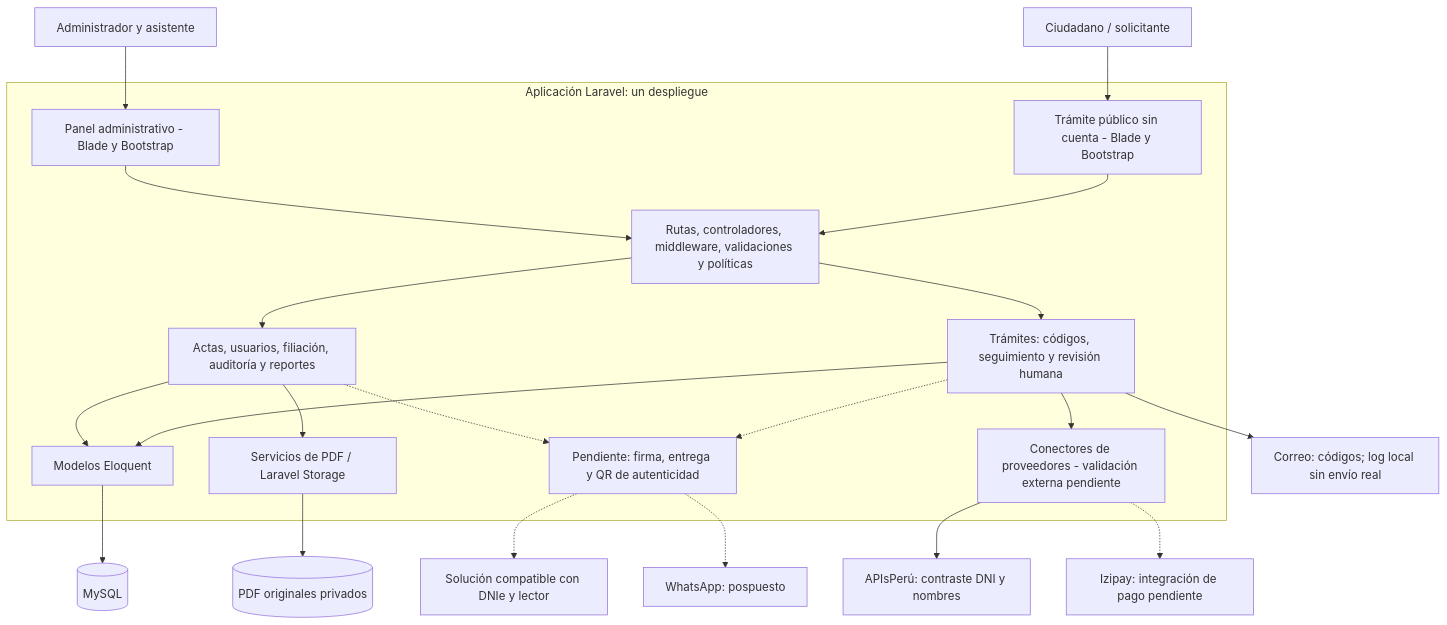
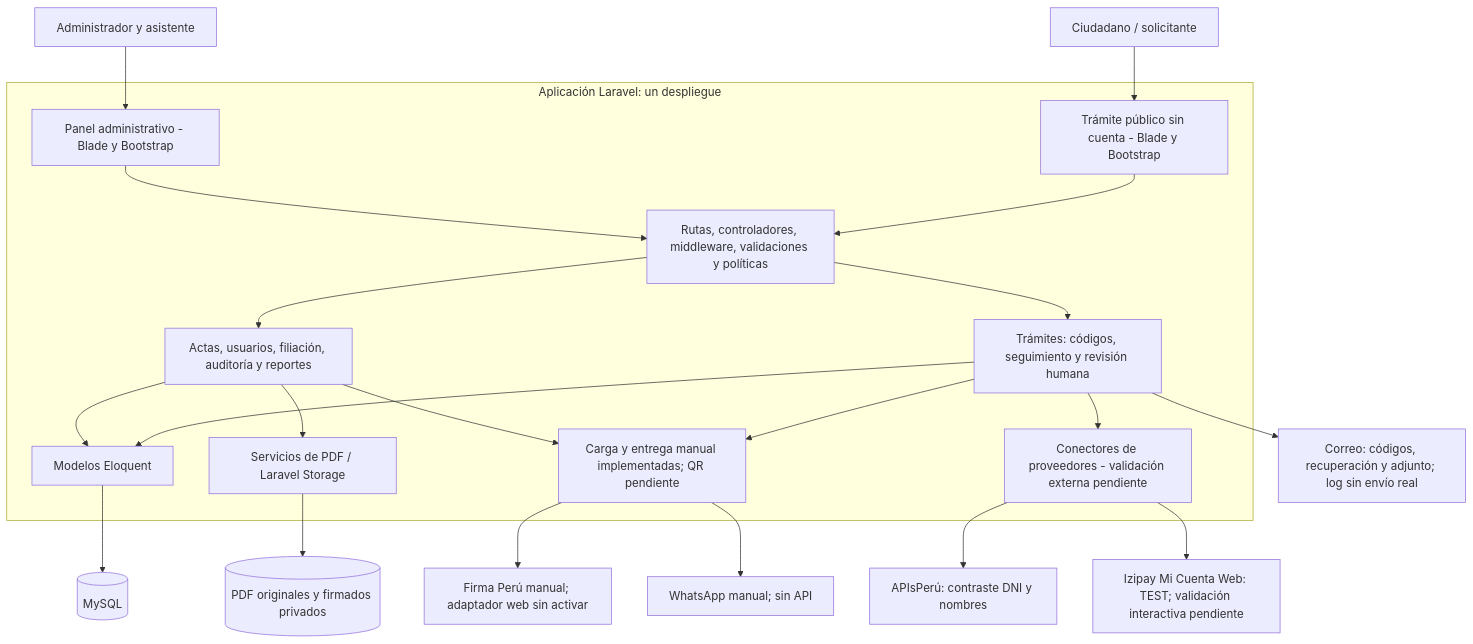
Before and after one commit to DeyviQC/RegistroCivil_arquiSoft_Quispe-02: the diagram in arquitectura/arquitectura-inicial.md, drawn with Mermaid. The commit also changed other lines of this file, not shown here.

Commit message:
docs: actualizar vista general de firma y entrega implementadas

````diff
--- a/arquitectura/arquitectura-inicial.md
+++ b/arquitectura/arquitectura-inicial.md
@@ -11,35 +11,35 @@
 ```mermaid
 flowchart TD
     Personal["Administrador y asistente"]
     Ciudadano["Ciudadano / solicitante"]
     subgraph Laravel["Aplicación Laravel: un despliegue"]
         Panel["Panel administrativo - Blade y Bootstrap"]
         Portal["Trámite público sin cuenta - Blade y Bootstrap"]
         Control["Rutas, controladores, middleware, validaciones y políticas"]
         Archivo["Actas, usuarios, filiación, auditoría y reportes"]
         Tramites["Trámites: códigos, seguimiento y revisión humana"]
         Conectores["Conectores de proveedores - validación externa pendiente"]
         Modelos["Modelos Eloquent"]
         Archivos["Servicios de PDF / Laravel Storage"]
-        Futuro["Pendiente: firma, entrega y QR de autenticidad"]
+        Futuro["Carga y entrega manual implementadas; QR pendiente"]
         Panel --> Control
         Portal --> Control
         Control --> Archivo
         Control --> Tramites
         Tramites --> Conectores
         Archivo --> Modelos
         Tramites --> Modelos
         Archivo --> Archivos
-        Archivo -.-> Futuro
-        Tramites -.-> Futuro
+        Archivo --> Futuro
+        Tramites --> Futuro
     end
     Personal --> Panel
     Ciudadano --> Portal
     Modelos --> MySQL[("MySQL")]
-    Archivos --> Privado[("PDF originales privados")]
-    Tramites --> Correo["Correo: códigos; log local sin envío real"]
+    Archivos --> Privado[("PDF originales y firmados privados")]
+    Tramites --> Correo["Correo: códigos, recuperación y adjunto; log sin envío real"]
     Conectores --> APIs["APIsPerú: contraste DNI y nombres"]
-    Conectores -.-> Izipay["Izipay: integración de pago pendiente"]
-    Futuro -.-> DNIe["Solución compatible con DNIe y lector"]
-    Futuro -.-> WhatsApp["WhatsApp: pospuesto"]
+    Conectores --> Izipay["Izipay Mi Cuenta Web: TEST; validación interactiva pendiente"]
+    Futuro --> DNIe["Firma Perú manual; adaptador web sin activar"]
+    Futuro --> WhatsApp["WhatsApp manual; sin API"]
 ```
````
